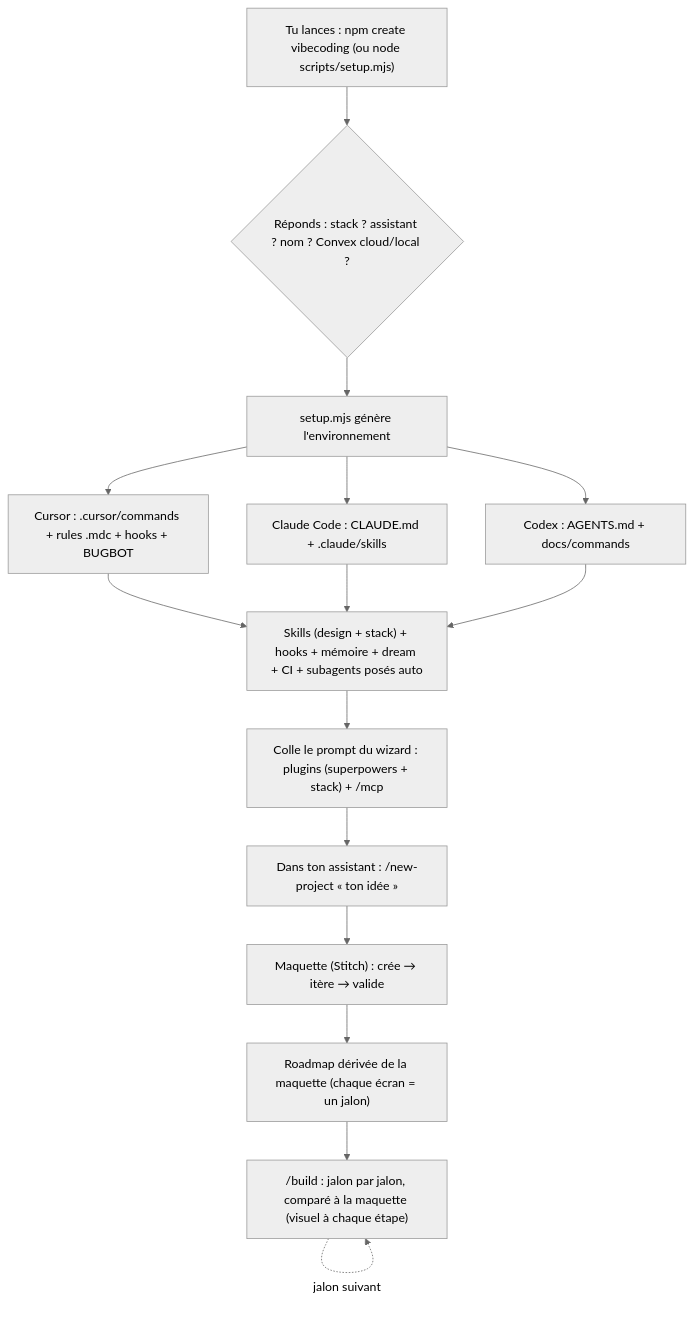
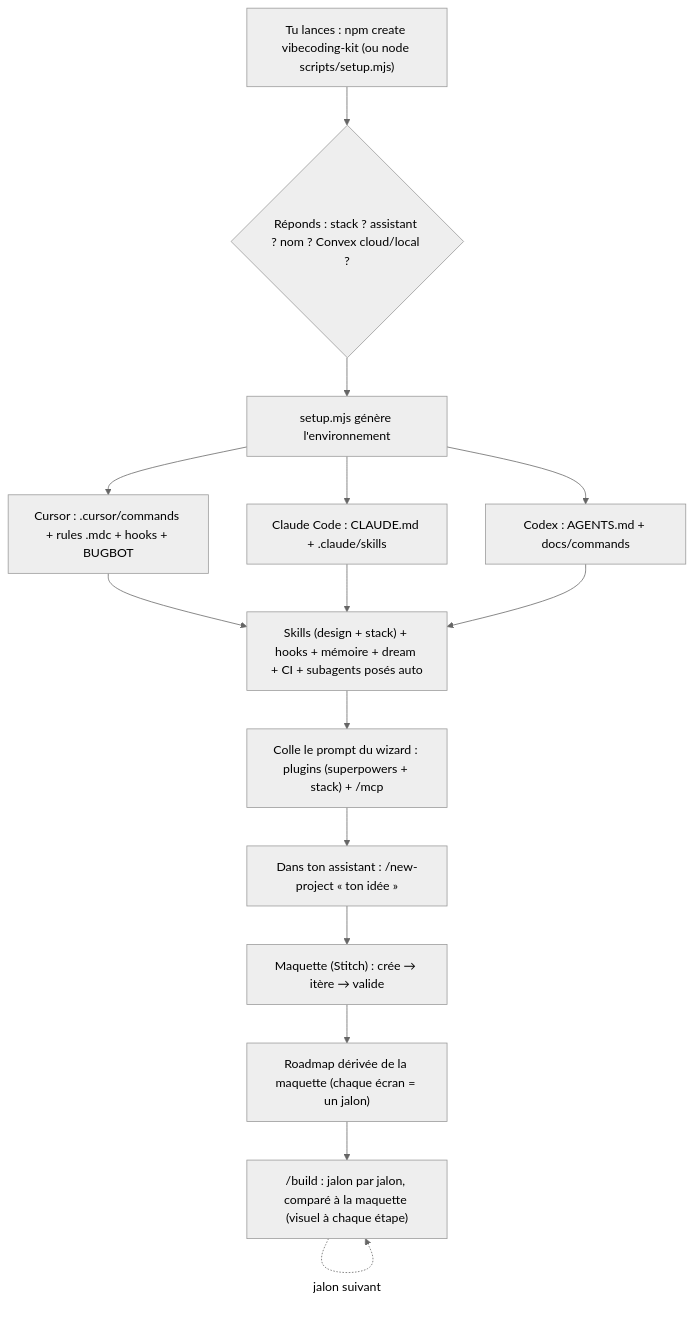
One commit to ohvignas/vibecoding-starter-kit changed the diagram in README.md. Above: the diagram before and after it, drawn with Mermaid (neutral theme). The commit also changed other lines of this file and 6 other files, not shown here.

First line of the commit message:
chore(npm): renomme le package en create-vibecoding-kit + publié 0.2.0

````diff
--- a/README.md
+++ b/README.md
@@ -121,17 +121,17 @@
 ```mermaid
 flowchart TD
-    A["Tu lances : npm create vibecoding (ou node scripts/setup.mjs)"] --> C{"Réponds : stack ? assistant ? nom ? Convex cloud/local ?"}
+    A["Tu lances : npm create vibecoding-kit (ou node scripts/setup.mjs)"] --> C{"Réponds : stack ? assistant ? nom ? Convex cloud/local ?"}
     C --> D["setup.mjs génère l'environnement"]
     D --> E1["Cursor : .cursor/commands + rules .mdc + hooks + BUGBOT"]
     D --> E2["Claude Code : CLAUDE.md + .claude/skills"]
     D --> E3["Codex : AGENTS.md + docs/commands"]
     E1 --> F["Skills (design + stack) + hooks + mémoire + dream + CI + subagents posés auto"]
     E2 --> F
     E3 --> F
     F --> G0["Colle le prompt du wizard : plugins (superpowers + stack) + /mcp"]
     G0 --> G["Dans ton assistant : /new-project « ton idée »"]
     G --> M["Maquette (Stitch) : crée → itère → valide"]
     M --> R["Roadmap dérivée de la maquette (chaque écran = un jalon)"]
     R --> H["/build : jalon par jalon, comparé à la maquette (visuel à chaque étape)"]
     H -.->|jalon suivant| H
 ```
````
